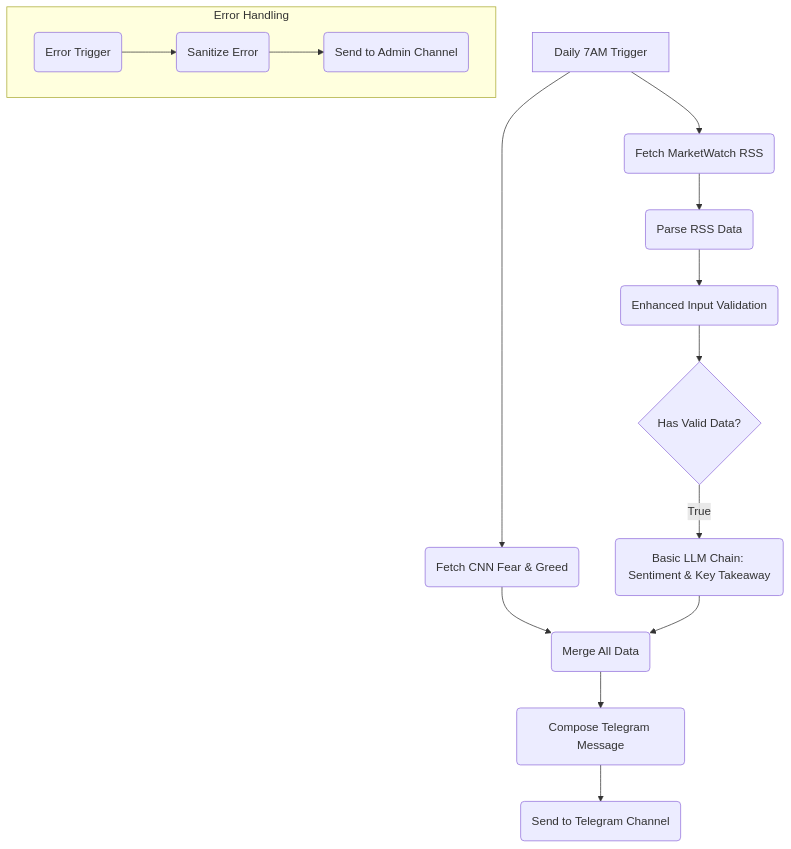
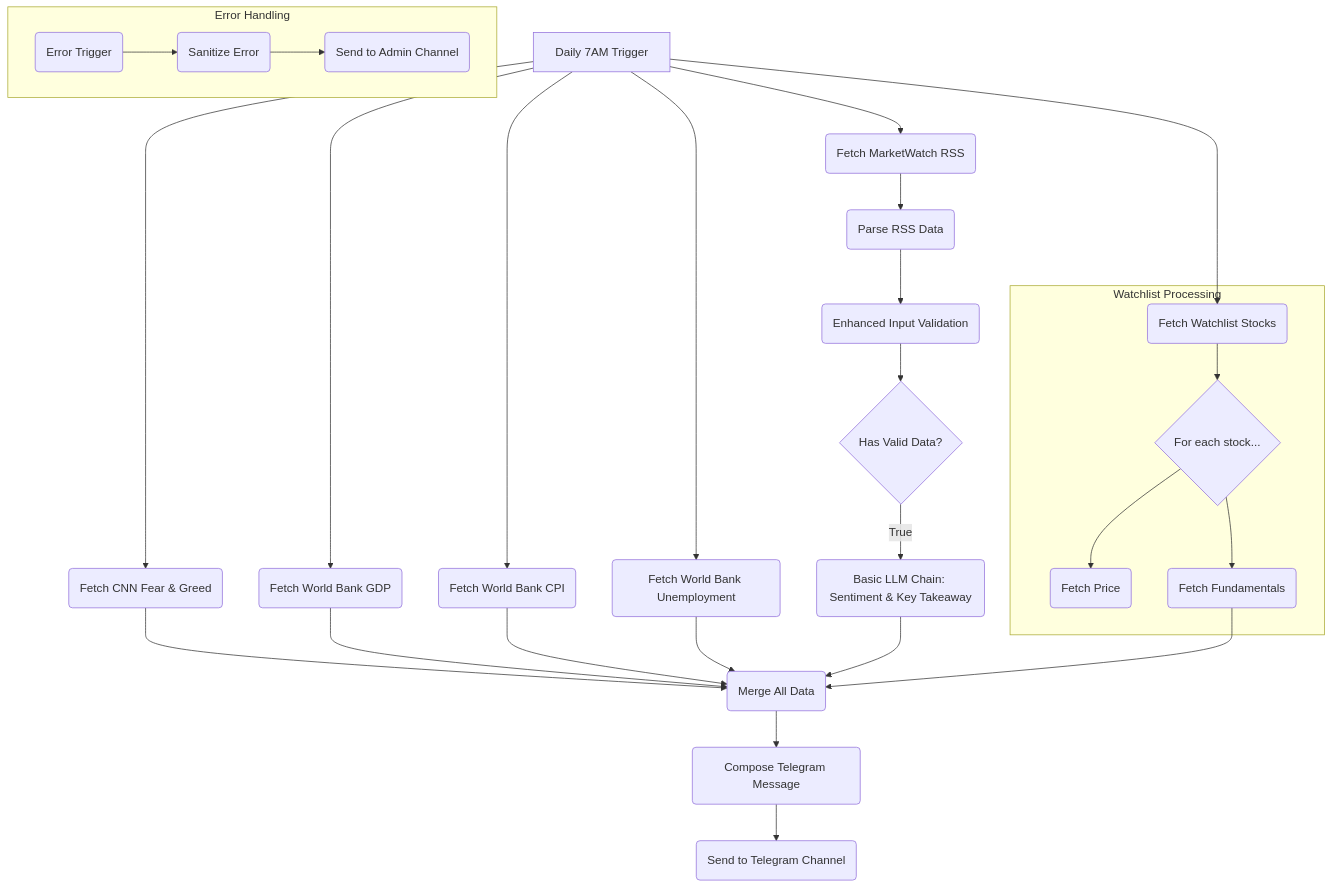
The diagram in docs/WORKFLOW_V4_SPECIFICATION.md (creator35lwb-web/MarketPulse), drawn with Mermaid before and after one commit. The commit also changed other lines of this file, not shown here.

Commit message:
Update MarketPulse v4.0 Specification - Complete Valu-Analyst integration with all data sources

````diff
--- a/docs/WORKFLOW_V4_SPECIFICATION.md
+++ b/docs/WORKFLOW_V4_SPECIFICATION.md
@@ -23,21 +26,36 @@
 ```mermaid
 graph TD
     A[Daily 7AM Trigger] --> B(Fetch CNN Fear & Greed);
-    A --> C(Fetch MarketWatch RSS);
+    A --> C(Fetch World Bank GDP);
+    A --> D(Fetch World Bank CPI);
+    A --> E(Fetch World Bank Unemployment);
+    A --> F(Fetch MarketWatch RSS);
+    A --> G(Fetch Watchlist Stocks);
 
-    C --> D(Parse RSS Data);
-    D --> E(Enhanced Input Validation);
-    E --> F{Has Valid Data?};
+    subgraph Watchlist Processing
+        G --> H{For each stock...};
+        H --> I(Fetch Price);
+        H --> J(Fetch Fundamentals);
+    end
 
-    F -- True --> G(Basic LLM Chain: Sentiment & Key Takeaway);
-    B --> H(Merge All Data);
-    G --> H;
+    F --> K(Parse RSS Data);
+    K --> L(Enhanced Input Validation);
+    L --> M{Has Valid Data?};
 
-    H --> I(Compose Telegram Message);
-    I --> J(Send to Telegram Channel);
+    M -- True --> N(Basic LLM Chain: Sentiment & Key Takeaway);
+    
+    B --> O(Merge All Data);
+    C --> O;
+    D --> O;
+    E --> O;
+    N --> O;
+    J --> O;
+
+    O --> P(Compose Telegram Message);
+    P --> Q(Send to Telegram Channel);
 
     subgraph Error Handling
-        K(Error Trigger) --> L(Sanitize Error);
-        L --> M(Send to Admin Channel);
+        R(Error Trigger) --> S(Sanitize Error);
+        S --> T(Send to Admin Channel);
     end
 ```
````
